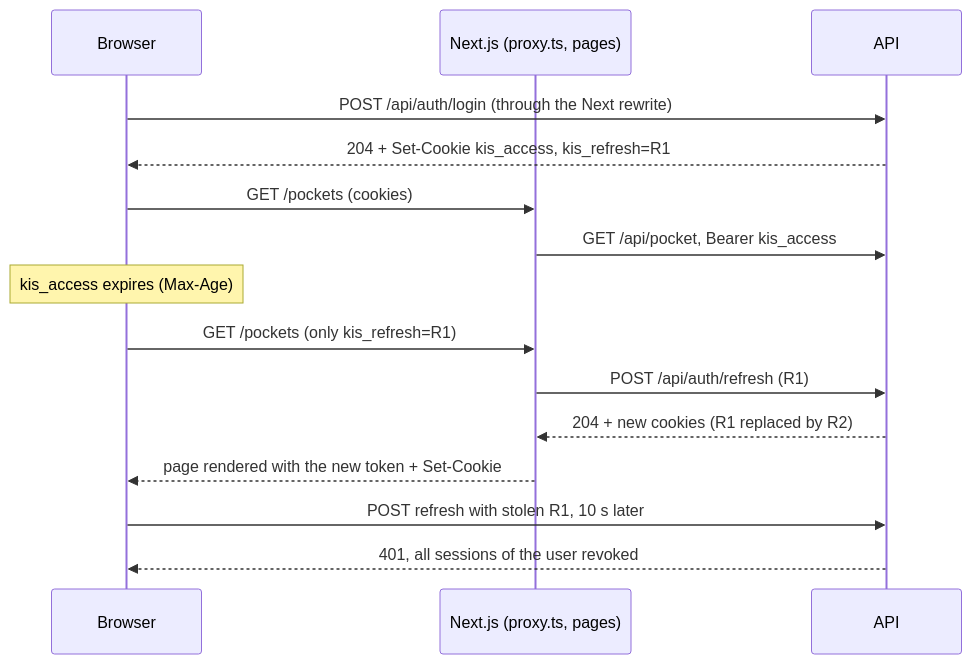
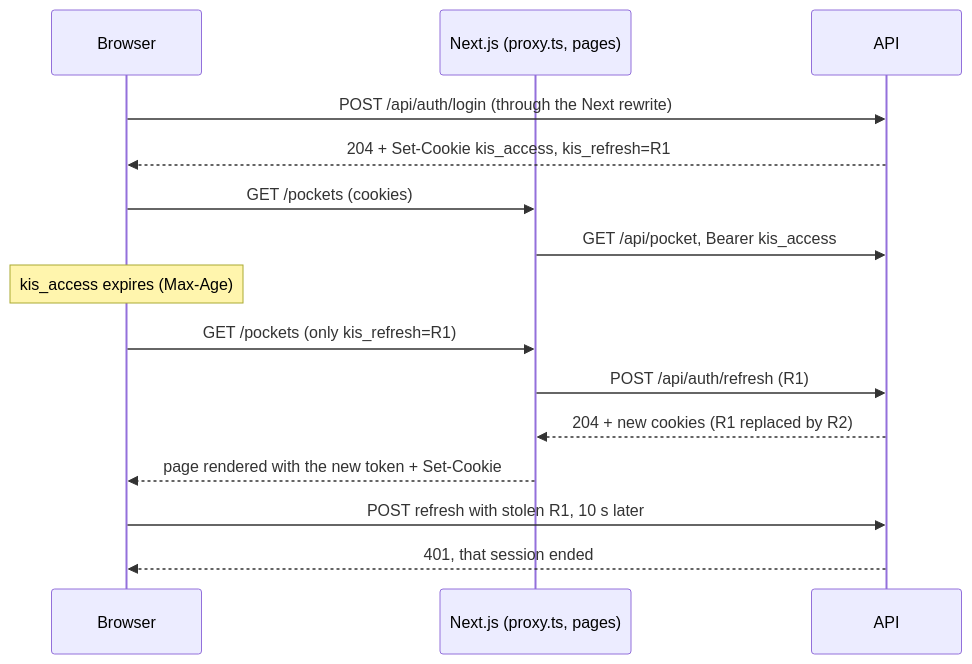
One commit to NotThaDev/KeepItSimple changed the diagram in backend/docs/Accounts.md. Above: the diagram before and after it, drawn with Mermaid. The commit also changed other lines of this file and 10 other files, not shown here.

First line of the commit message:
Enforce user sessions (#149) (#191)

````diff
--- a/backend/docs/Accounts.md
+++ b/backend/docs/Accounts.md
@@ -33,17 +32,17 @@
 ```mermaid
 sequenceDiagram
   participant Browser
   participant Next as Next.js (proxy.ts, pages)
   participant API
   Browser->>API: POST /api/auth/login (through the Next rewrite)
   API-->>Browser: 204 + Set-Cookie kis_access, kis_refresh=R1
   Browser->>Next: GET /pockets (cookies)
   Next->>API: GET /api/pocket, Bearer kis_access
   Note over Browser: kis_access expires (Max-Age)
   Browser->>Next: GET /pockets (only kis_refresh=R1)
   Next->>API: POST /api/auth/refresh (R1)
   API-->>Next: 204 + new cookies (R1 replaced by R2)
   Next-->>Browser: page rendered with the new token + Set-Cookie
   Browser->>API: POST refresh with stolen R1, 10 s later
-  API-->>Browser: 401, all sessions of the user revoked
+  API-->>Browser: 401, that session ended
 ```
````
